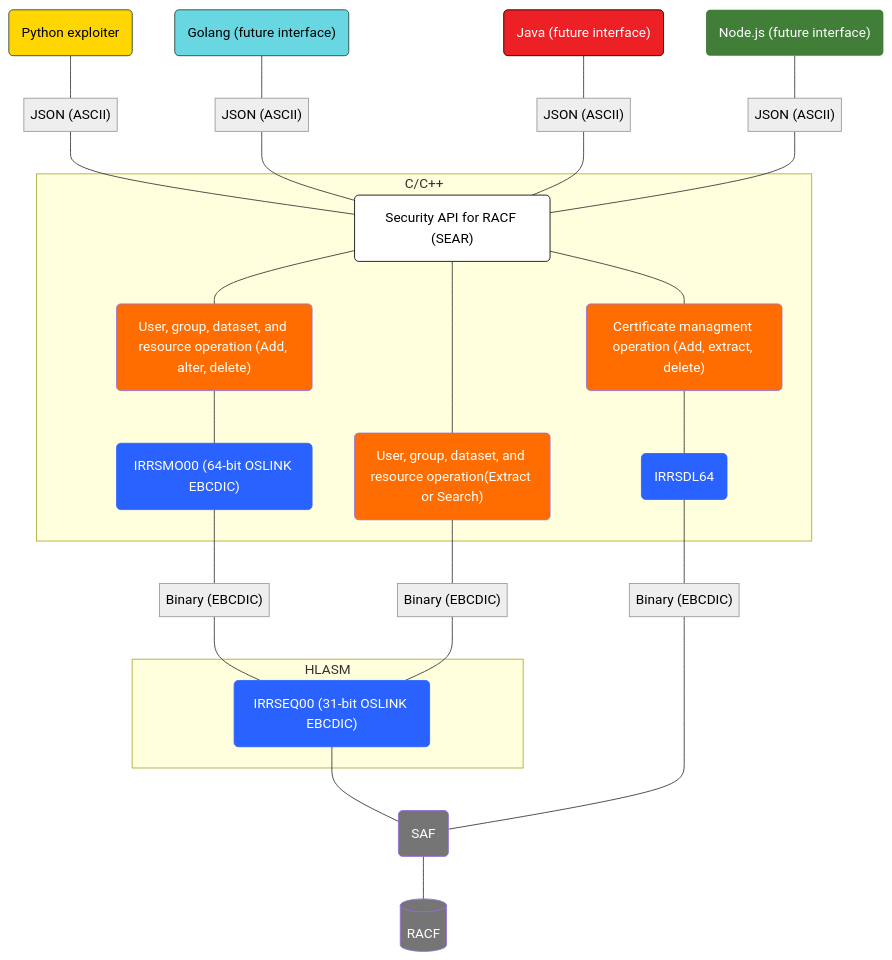
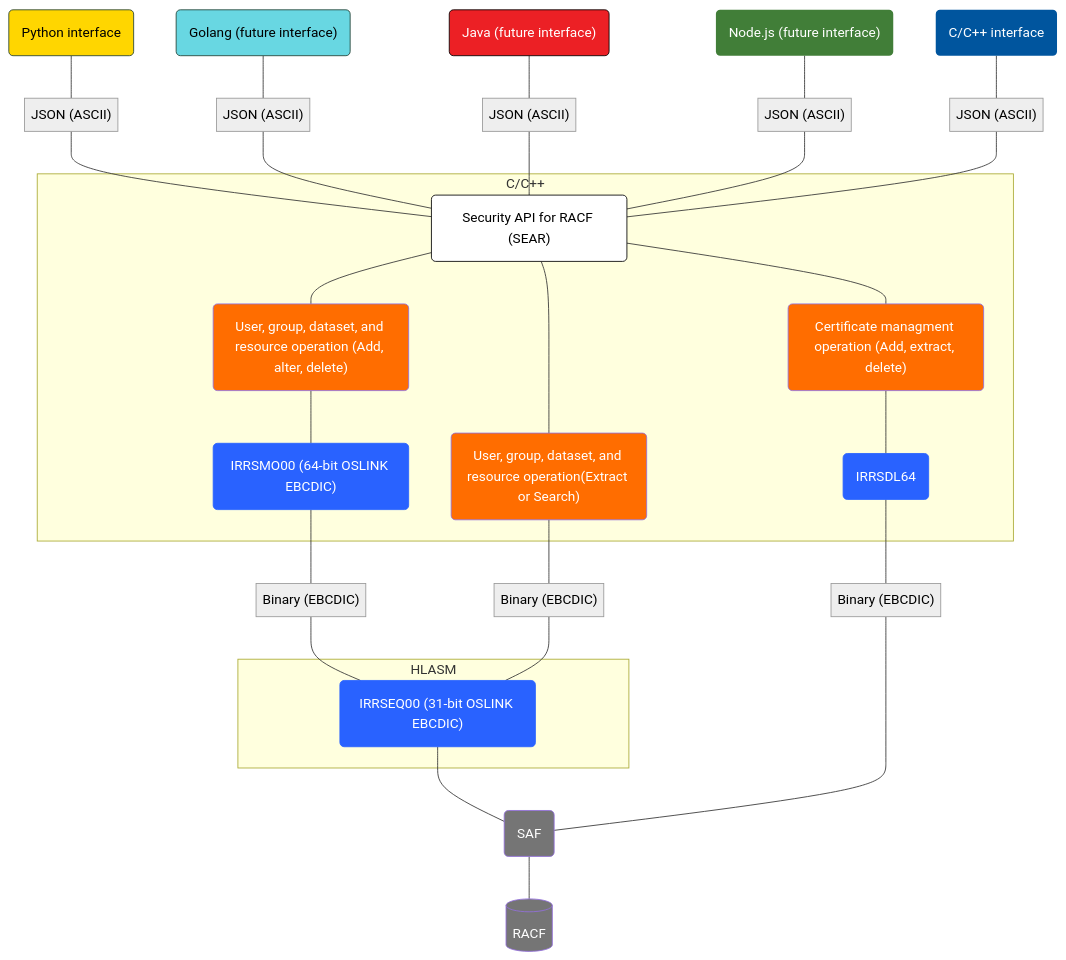
Before and after one commit to Mainframe-Renewal-Project/sear-docs: the diagram in index.md, drawn with Mermaid.

Commit message:
Updated diagram

```diff
--- a/index.md
+++ b/index.md
@@ -106,7 +106,7 @@
  subgraph s2["HLASM"]
         n4["IRRSEQ00 (31-bit OSLINK EBCDIC)"]
   end
-    A["Python exploiter"] --- n3@{ label: "<span style=\"padding-left:\">JSON (ASCII)</span>" }
+    A["Python interface"] --- n3@{ label: "<span style=\"padding-left:\">JSON (ASCII)</span>" }
     n3 --- n1
     n1 --- n5 & n7 & n12
     n5 --- n2
@@ -125,6 +125,8 @@
     n18 --- n1
     n11 --- n19["Binary (EBCDIC)"]
     n19 --- n10
+    n20["C/C++ interface"] --- n21@{ label: "<span style=\"padding-left:\">JSON (ASCII)</span>" }
+    n21 --- n1
     n1@{ shape: rounded}
     n2@{ shape: rounded}
     n5@{ shape: rounded}
@@ -145,6 +147,8 @@
     n17@{ shape: rounded}
     n18@{ shape: text}
     n19@{ shape: text}
+    n20@{ shape: rounded}
+    n21@{ shape: text}
      n1:::Class_08
      n2:::Class_06
      n5:::Class_07
@@ -179,6 +183,12 @@
      n17:::Class_04
      n18:::Ash
      n19:::Ash
+     n20:::Pine
+     n20:::Class_01
+     n20:::Class_01
+     n20:::Class_01
+     n20:::Class_09
+     n21:::Ash
     classDef Pine stroke-width:1px, stroke-dasharray:none, stroke:#254336, fill:#27654A, color:#FFFFFF
     classDef Class_02 fill:#68d7e2, color:#000000
     classDef Class_03 fill:#ec2025, color:#FFFFFF, stroke:#000000
@@ -189,4 +199,6 @@
     classDef Class_05 fill:#757575, color:#FFFFFF
     classDef Class_07 fill:#FF6D00, color:#FFFFFF
     classDef Class_08 fill:#FFFFFF, color:#000000, stroke:#000000
+    classDef Class_09 fill:#00559e, stroke:transparent, color:#FFFFFF
+
 </pre>
```
